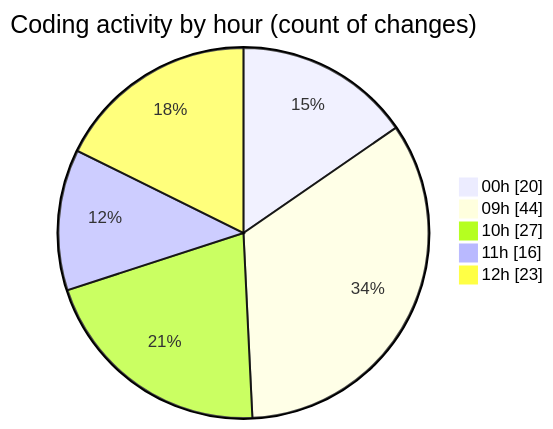
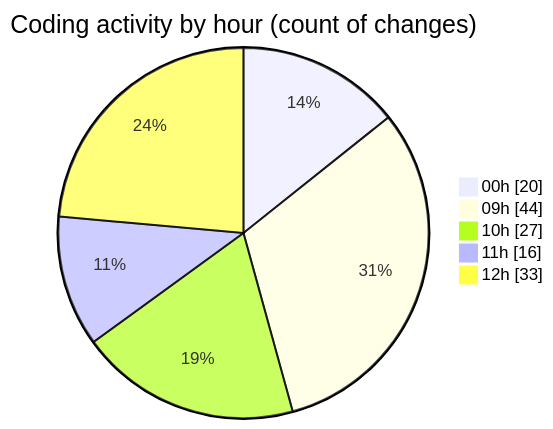
The second of 2 diagrams in 2025-03-19/cda/README.md (momahboobian/code-tracking), drawn with Mermaid before and after one commit. The commit also changed other lines of this file and 1 other file, not shown here.

````diff
--- a/2025-03-19/cda/README.md
+++ b/2025-03-19/cda/README.md
@@ -32,9 +32,9 @@
 ```mermaid
 pie showData
 title Coding activity by hour (count of changes)
 "00h" : 20
 "09h" : 44
 "10h" : 27
 "11h" : 16
-"12h" : 23
+"12h" : 33
 ```
````
